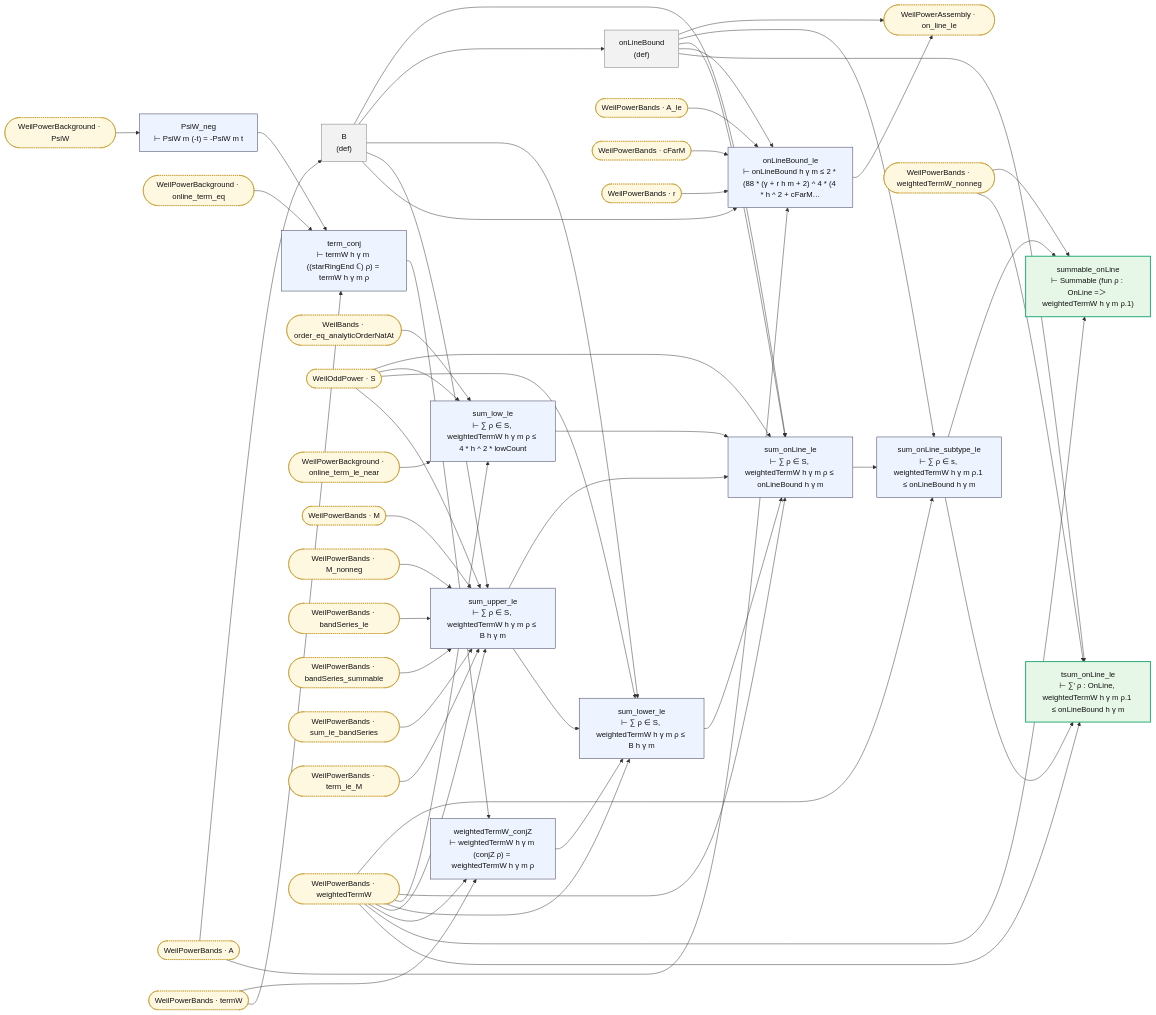
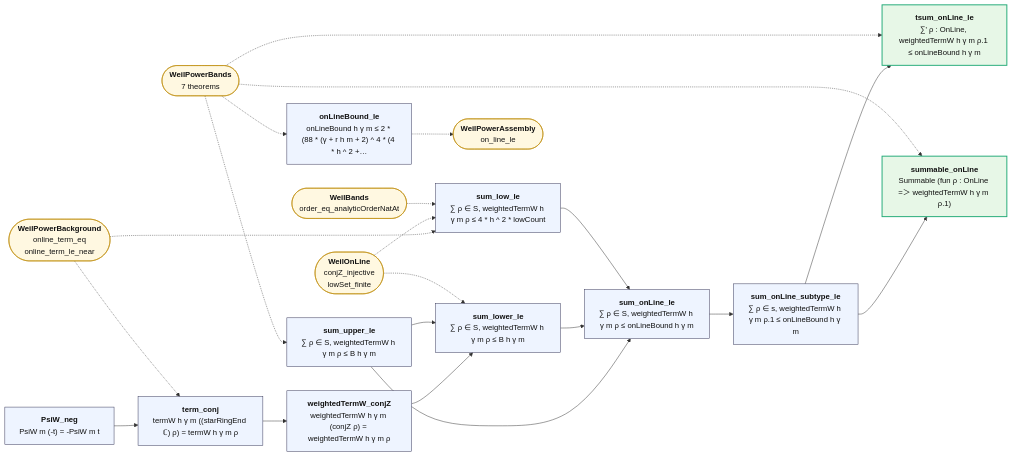
The diagram in map/lean_stage3/WeilPowerOnLine.md (juliansambranojr/Primebeat_081426), drawn with Mermaid before and after one commit. The commit also changed other lines of this file and 387 other files, not shown here.

````diff
--- a/map/lean_stage3/WeilPowerOnLine.md
+++ b/map/lean_stage3/WeilPowerOnLine.md
@@ -8,93 +12,44 @@
 ```mermaid
 flowchart LR
-  n0["PsiW_neg<br/>⊢ PsiW m (-t) = -PsiW m t"]:::thm
-  n1["term_conj<br/>⊢ termW h γ m ((starRingEnd ℂ) ρ) = termW h γ m ρ"]:::thm
-  n2["weightedTermW_conjZ<br/>⊢ weightedTermW h γ m (conjZ ρ) = weightedTermW h γ m ρ"]:::thm
-  n3["B<br/>(def)"]:::dfn
-  n4["sum_upper_le<br/>⊢ ∑ ρ ∈ S, weightedTermW h γ m ρ ≤ B h γ m"]:::thm
-  n5["sum_lower_le<br/>⊢ ∑ ρ ∈ S, weightedTermW h γ m ρ ≤ B h γ m"]:::thm
-  n6["sum_low_le<br/>⊢ ∑ ρ ∈ S, weightedTermW h γ m ρ ≤ 4 * h ^ 2 * lowCount"]:::thm
-  n7["onLineBound<br/>(def)"]:::dfn
-  n8["sum_onLine_le<br/>⊢ ∑ ρ ∈ S, weightedTermW h γ m ρ ≤ onLineBound h γ m"]:::thm
-  n9["sum_onLine_subtype_le<br/>⊢ ∑ ρ ∈ s, weightedTermW h γ m ρ.1 ≤ onLineBound h γ m"]:::thm
-  n10["tsum_onLine_le<br/>⊢ ∑' ρ : OnLine, weightedTermW h γ m ρ.1 ≤ onLineBound h γ m"]:::end_
-  n11["summable_onLine<br/>⊢ Summable (fun ρ : OnLine =＞ weightedTermW h γ m ρ.1)"]:::end_
-  n12["onLineBound_le<br/>⊢ onLineBound h γ m ≤ 2 * (88 * (γ + r h m + 2) ^ 4 * (4 * h ^ 2 + cFarM…"]:::thm
-  x0(["WeilBands · order_eq_analyticOrderNatAt"]):::ext
-  x1(["WeilOddPower · S"]):::ext
-  x2(["WeilPowerAssembly · on_line_le"]):::ext
-  x3(["WeilPowerBackground · PsiW"]):::ext
-  x4(["WeilPowerBackground · online_term_eq"]):::ext
-  x5(["WeilPowerBackground · online_term_le_near"]):::ext
-  x6(["WeilPowerBands · A"]):::ext
-  x7(["WeilPowerBands · A_le"]):::ext
-  x8(["WeilPowerBands · M"]):::ext
-  x9(["WeilPowerBands · M_nonneg"]):::ext
-  x10(["WeilPowerBands · bandSeries_le"]):::ext
-  x11(["WeilPowerBands · bandSeries_summable"]):::ext
-  x12(["WeilPowerBands · cFarM"]):::ext
-  x13(["WeilPowerBands · r"]):::ext
-  x14(["WeilPowerBands · sum_le_bandSeries"]):::ext
-  x15(["WeilPowerBands · termW"]):::ext
-  x16(["WeilPowerBands · term_le_M"]):::ext
-  x17(["WeilPowerBands · weightedTermW"]):::ext
-  x18(["WeilPowerBands · weightedTermW_nonneg"]):::ext
+  n0["<b>PsiW_neg</b><br/>PsiW m (-t) = -PsiW m t"]:::thm
+  n1["<b>term_conj</b><br/>termW h γ m ((starRingEnd ℂ) ρ) = termW h γ m ρ"]:::thm
+  n2["<b>weightedTermW_conjZ</b><br/>weightedTermW h γ m (conjZ ρ) = weightedTermW h γ m ρ"]:::thm
+  n3["<b>sum_upper_le</b><br/>∑ ρ ∈ S, weightedTermW h γ m ρ ≤ B h γ m"]:::thm
+  n4["<b>sum_lower_le</b><br/>∑ ρ ∈ S, weightedTermW h γ m ρ ≤ B h γ m"]:::thm
+  n5["<b>sum_low_le</b><br/>∑ ρ ∈ S, weightedTermW h γ m ρ ≤ 4 * h ^ 2 * lowCount"]:::thm
+  n6["<b>sum_onLine_le</b><br/>∑ ρ ∈ S, weightedTermW h γ m ρ ≤ onLineBound h γ m"]:::thm
+  n7["<b>sum_onLine_subtype_le</b><br/>∑ ρ ∈ s, weightedTermW h γ m ρ.1 ≤ onLineBound h γ m"]:::thm
+  n8["<b>tsum_onLine_le</b><br/>∑' ρ : OnLine, weightedTermW h γ m ρ.1 ≤ onLineBound h γ m"]:::end_
+  n9["<b>summable_onLine</b><br/>Summable (fun ρ : OnLine =＞ weightedTermW h γ m ρ.1)"]:::end_
+  n10["<b>onLineBound_le</b><br/>onLineBound h γ m ≤ 2 * (88 * (γ + r h m + 2) ^ 4 * (4 * h ^ 2 +…"]:::thm
+  x0(["<b>WeilPowerBackground</b><br/>online_term_eq<br/>online_term_le_near"]):::ext
+  x1(["<b>WeilPowerBands</b><br/>7 theorems"]):::ext
+  x2(["<b>WeilOnLine</b><br/>conjZ_injective<br/>lowSet_finite"]):::ext
+  x3(["<b>WeilBands</b><br/>order_eq_analyticOrderNatAt"]):::ext
+  x4(["<b>WeilPowerAssembly</b><br/>on_line_le"]):::ext
   n0 --> n1
   n1 --> n2
-  n12 --> x2
-  n2 --> n5
-  n3 --> n12
+  n2 --> n4
   n3 --> n4
-  n3 --> n5
-  n3 --> n7
-  n3 --> n8
-  n4 --> n5
-  n4 --> n8
-  n5 --> n8
-  n6 --> n8
-  n7 --> n10
-  n7 --> n12
+  n3 --> n6
+  n4 --> n6
+  n5 --> n6
+  n6 --> n7
   n7 --> n8
   n7 --> n9
-  n7 --> x2
-  n8 --> n9
-  n9 --> n10
-  n9 --> n11
-  x0 --> n6
-  x1 --> n4
-  x1 --> n5
-  x1 --> n6
-  x1 --> n8
-  x10 --> n4
-  x11 --> n4
-  x12 --> n12
-  x13 --> n12
-  x14 --> n4
-  x15 --> n1
-  x15 --> n2
-  x16 --> n4
-  x17 --> n10
-  x17 --> n11
-  x17 --> n2
-  x17 --> n4
-  x17 --> n5
-  x17 --> n6
-  x17 --> n8
-  x17 --> n9
-  x18 --> n10
-  x18 --> n11
-  x3 --> n0
-  x4 --> n1
-  x5 --> n6
-  x6 --> n12
-  x6 --> n3
-  x7 --> n12
-  x8 --> n4
-  x9 --> n4
+  n10 -.-> x4
+  x0 -.-> n1
+  x0 -.-> n5
+  x1 -.-> n10
+  x1 -.-> n3
+  x1 -.-> n8
+  x1 -.-> n9
+  x2 -.-> n4
+  x2 -.-> n5
+  x3 -.-> n5
   classDef thm fill:#eef4ff,stroke:#335,color:#111
-  classDef dfn fill:#f2f2f2,stroke:#777,color:#111
   classDef end_ fill:#e7f7e7,stroke:#2a7,color:#111,stroke-width:2px
   classDef lone fill:#fff,stroke:#999,color:#111,stroke-dasharray:4 3
   classDef bad fill:#ffe5e5,stroke:#c22,color:#111,stroke-width:2px
-  classDef ext fill:#fff8e1,stroke:#b80,color:#111,stroke-dasharray:2 2
+  classDef ext fill:#fff8e1,stroke:#b80,color:#111
 ```
````
